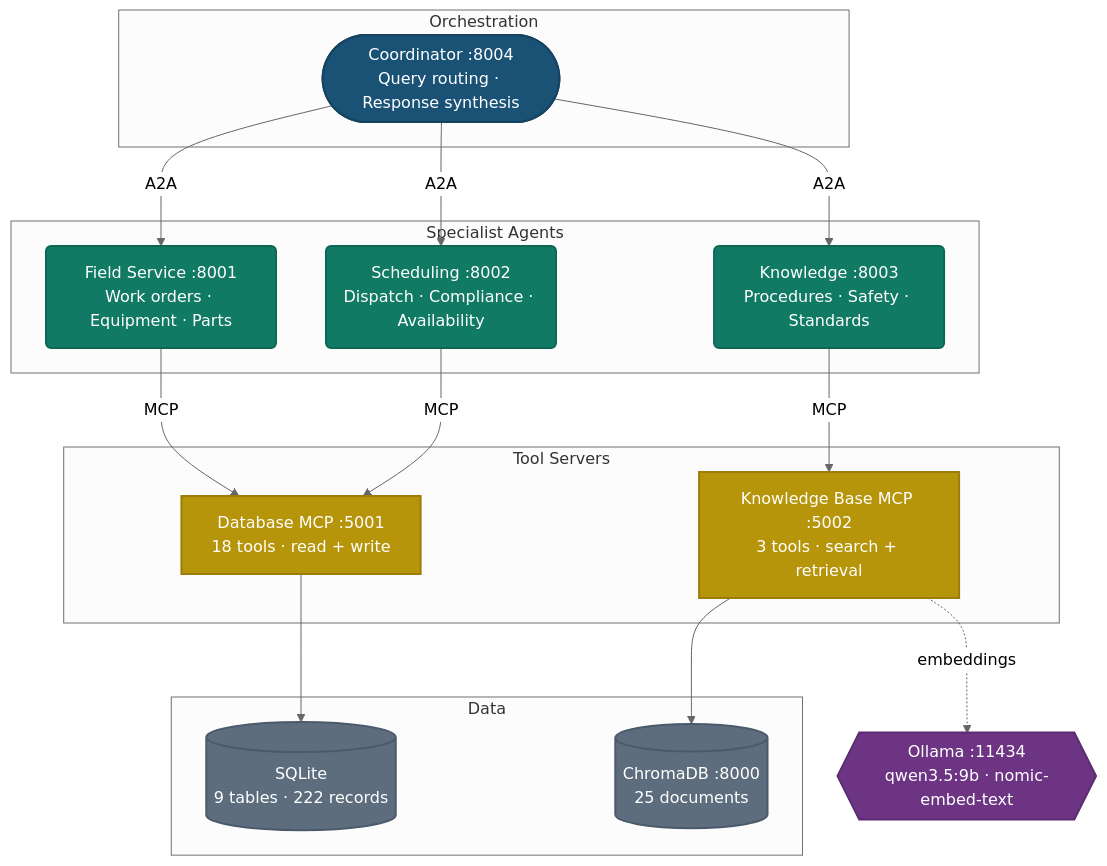
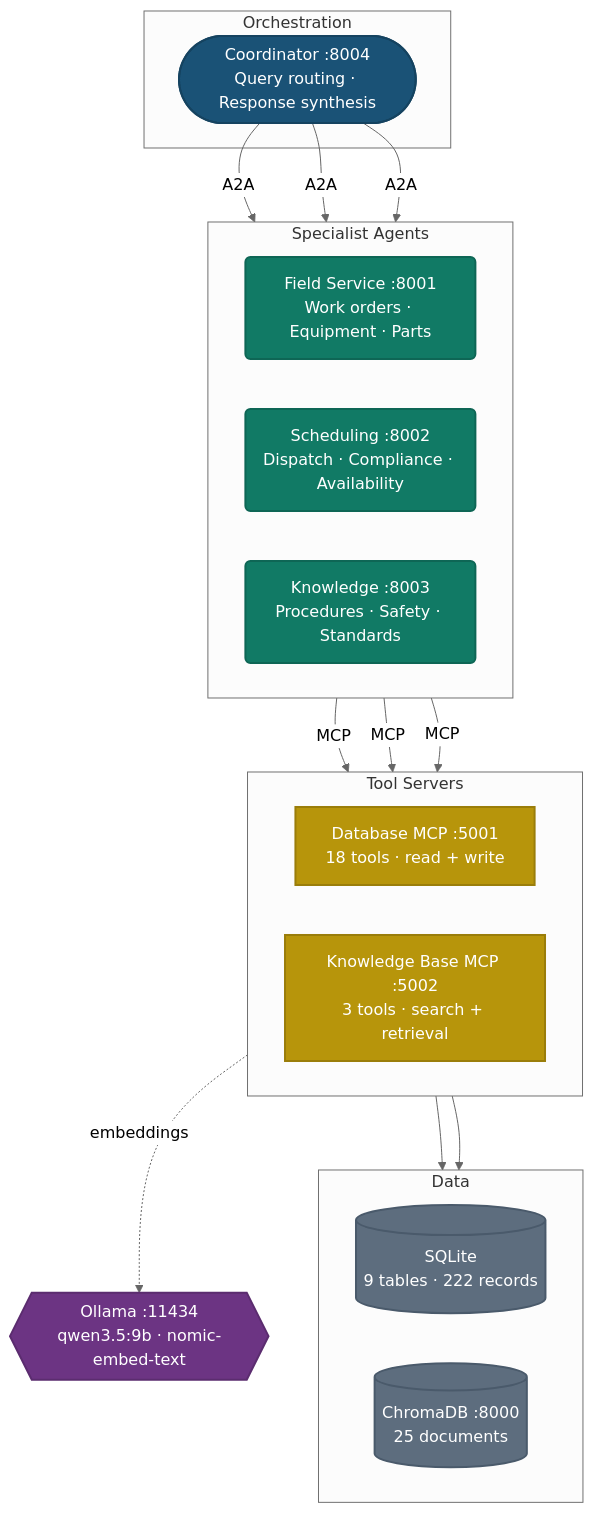
Before and after one commit to tssarathi/microfactory: the diagram in README.md, drawn with Mermaid (neutral theme).

Commit message:
docs(README): refine architecture diagram

````diff
--- a/README.md
+++ b/README.md
@@ -15,48 +15,51 @@
 ```mermaid
-graph TD
+flowchart TD
     subgraph orchestration ["Orchestration"]
         COORD(["Coordinator :8004<br>Query routing · Response synthesis"])
     end
 
     subgraph agents ["Specialist Agents"]
+        direction LR
         FS("Field Service :8001<br>Work orders · Equipment · Parts")
         SCHED("Scheduling :8002<br>Dispatch · Compliance · Availability")
         KNOW("Knowledge :8003<br>Procedures · Safety · Standards")
     end
 
     subgraph tools ["Tool Servers"]
+        direction LR
         DB_MCP["Database MCP :5001<br>18 tools · read + write"]
         KB_MCP["Knowledge Base MCP :5002<br>3 tools · search + retrieval"]
     end
 
     subgraph data ["Data"]
+        direction LR
         SQLITE[("SQLite<br>9 tables · 222 records")]
         CHROMA[("ChromaDB :8000<br>25 documents")]
     end
 
     OLLAMA{{"Ollama :11434<br>qwen3.5:9b · nomic-embed-text"}}
 
     COORD -->|"A2A"| FS
     COORD -->|"A2A"| SCHED
     COORD -->|"A2A"| KNOW
 
     FS -->|"MCP"| DB_MCP
     SCHED -->|"MCP"| DB_MCP
     KNOW -->|"MCP"| KB_MCP
 
     DB_MCP --> SQLITE
     KB_MCP --> CHROMA
     KB_MCP -. "embeddings" .-> OLLAMA
 
     classDef coord fill:#1a5276,stroke:#154360,color:#fff,stroke-width:2px
     classDef agent fill:#117a65,stroke:#0e6655,color:#fff,stroke-width:2px
     classDef tool fill:#b7950b,stroke:#9a7d0a,color:#fff,stroke-width:2px
     classDef store fill:#5d6d7e,stroke:#4a5a6b,color:#fff,stroke-width:2px
     classDef infra fill:#6c3483,stroke:#5b2c6f,color:#fff,stroke-width:2px
 
     class COORD coord
     class FS,SCHED,KNOW agent
     class DB_MCP,KB_MCP tool
     class SQLITE,CHROMA store
     class OLLAMA infra
 ```
````
